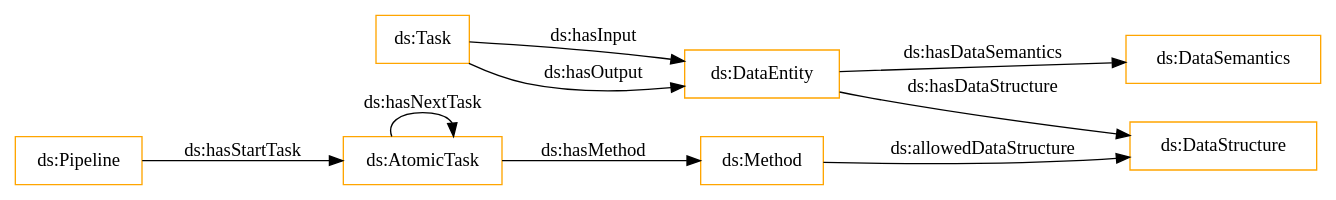
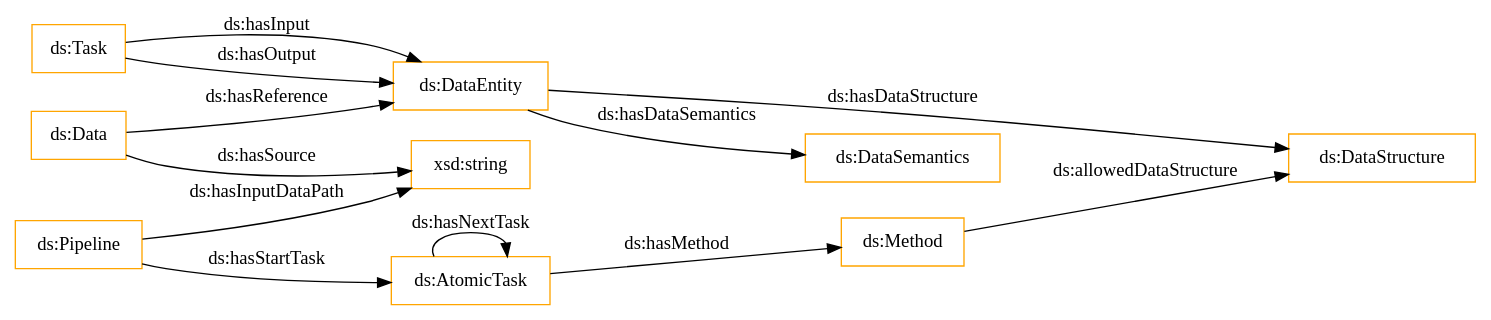
Before and after one commit to nsai-uio/ExeKGOntology: the diagram in OnToology/ds_exeKGOntology.ttl/diagrams/ar2dtool-class/ds_exeKGOntology.ttl.png.dot, drawn with Graphviz. The commit also changed 74 other files, not shown here.

```diff
--- a/OnToology/ds_exeKGOntology.ttl/diagrams/ar2dtool-class/ds_exeKGOntology.ttl.png.dot
+++ b/OnToology/ds_exeKGOntology.ttl/diagrams/ar2dtool-class/ds_exeKGOntology.ttl.png.dot
@@ -1,14 +1,17 @@
 digraph ar2dtool_diagram { 
 rankdir=LR;
 size="1501"
-node [shape = rectangle, color="orange"]; "ds:Method" "ds:DataSemantics" "ds:DataStructure" "ds:Pipeline" "ds:DataEntity" "ds:AtomicTask" "ds:Task" ; /*classes style*/
+node [shape = rectangle, color="orange"]; "ds:Data" "ds:Method" "ds:Pipeline" "ds:Task" "ds:DataSemantics" "ds:DataStructure" "ds:AtomicTask" "ds:DataEntity" ; /*classes style*/
+	"ds:DataEntity" -> "ds:DataSemantics" [ label = "ds:hasDataSemantics" ];
+	"ds:Data" -> "ds:DataEntity" [ label = "ds:hasReference" ];
+	"ds:Task" -> "ds:DataEntity" [ label = "ds:hasOutput" ];
+	"ds:Data" -> "xsd:string" [ label = "ds:hasSource" ];
 	"ds:AtomicTask" -> "ds:Method" [ label = "ds:hasMethod" ];
+	"ds:Task" -> "ds:DataEntity" [ label = "ds:hasInput" ];
+	"ds:Method" -> "ds:DataStructure" [ label = "ds:allowedDataStructure" ];
+	"ds:Pipeline" -> "xsd:string" [ label = "ds:hasInputDataPath" ];
+	"ds:AtomicTask" -> "ds:AtomicTask" [ label = "ds:hasNextTask" ];
+	"ds:DataEntity" -> "ds:DataStructure" [ label = "ds:hasDataStructure" ];
 	"ds:Pipeline" -> "ds:AtomicTask" [ label = "ds:hasStartTask" ];
-	"ds:DataEntity" -> "ds:DataSemantics" [ label = "ds:hasDataSemantics" ];
-	"ds:Method" -> "ds:DataStructure" [ label = "ds:allowedDataStructure" ];
-	"ds:Task" -> "ds:DataEntity" [ label = "ds:hasInput" ];
-	"ds:DataEntity" -> "ds:DataStructure" [ label = "ds:hasDataStructure" ];
-	"ds:AtomicTask" -> "ds:AtomicTask" [ label = "ds:hasNextTask" ];
-	"ds:Task" -> "ds:DataEntity" [ label = "ds:hasOutput" ];
 
 }
```
